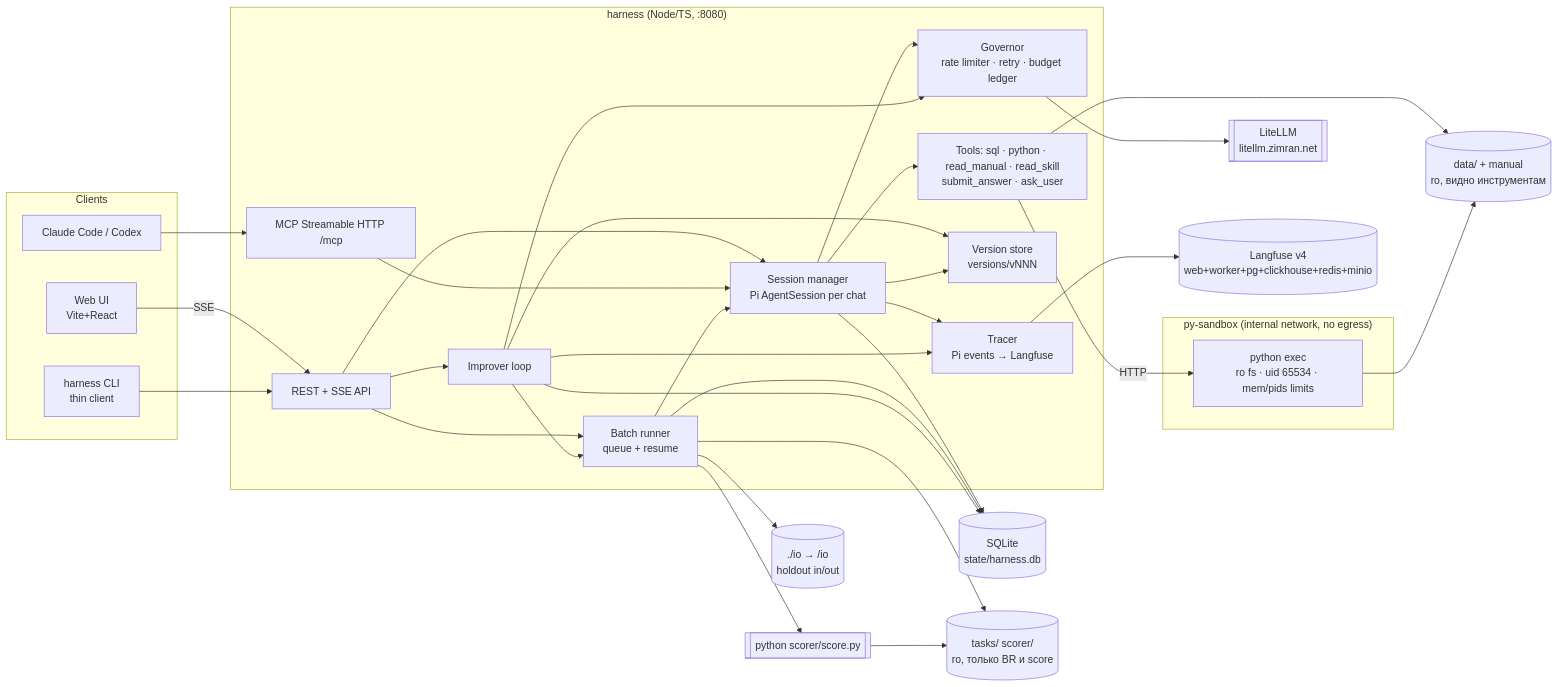
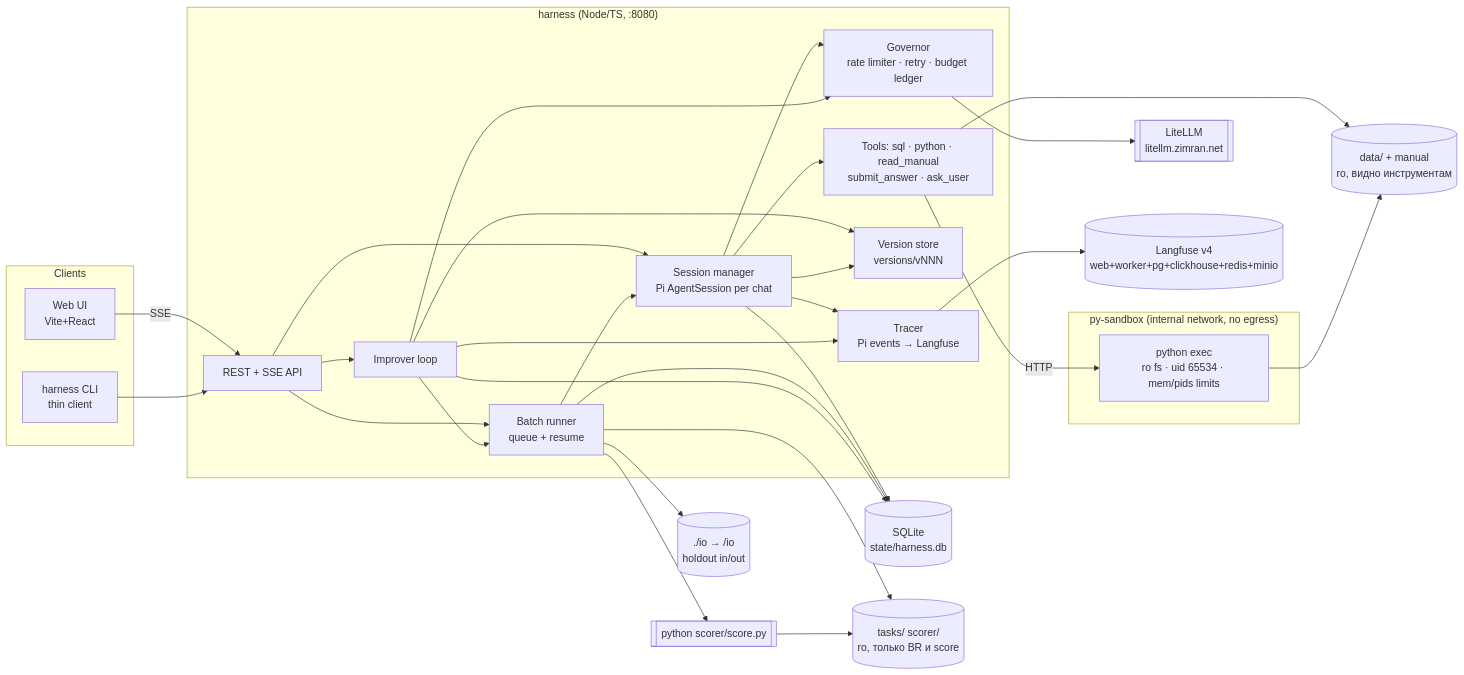
One commit to asainov1/payments-analyst-pi changed the diagram in SPEC.md. Above: the diagram before and after it, drawn with Mermaid. The commit also changed other lines of this file, not shown here.

````diff
--- a/SPEC.md
+++ b/SPEC.md
@@ -37,52 +37,48 @@
 ```mermaid
 flowchart LR
   subgraph Clients
     UI[Web UI<br/>Vite+React]
     CLI[harness CLI<br/>thin client]
-    MCPC[Claude Code / Codex]
   end
 
   subgraph harness["harness (Node/TS, :8080)"]
     API[REST + SSE API]
-    MCP[MCP Streamable HTTP /mcp]
     SM[Session manager<br/>Pi AgentSession per chat]
     BR[Batch runner<br/>queue + resume]
     IMP[Improver loop]
     GOV[Governor<br/>rate limiter · retry · budget ledger]
     TR[Tracer<br/>Pi events → Langfuse]
     VS[Version store<br/>versions/vNNN]
-    TOOLS[Tools: sql · python · read_manual · read_skill<br/>submit_answer · ask_user]
+    TOOLS[Tools: sql · python · read_manual<br/>submit_answer · ask_user]
   end
 
   subgraph sbx["py-sandbox (internal network, no egress)"]
     PY[python exec<br/>ro fs · uid 65534 · mem/pids limits]
   end
 
   DB[(SQLite<br/>state/harness.db)]
   DATA[(data/ + manual<br/>ro, видно инструментам)]
   TASKS[(tasks/ scorer/<br/>ro, только BR и score)]
   IO[(./io → /io<br/>holdout in/out)]
   LLM[[LiteLLM<br/>litellm.zimran.net]]
   LF[(Langfuse v4<br/>web+worker+pg+clickhouse+redis+minio)]
   SCORER[[python scorer/score.py]]
 
   UI -- SSE --> API
   CLI --> API
-  MCPC --> MCP
   API --> SM & BR & IMP
-  MCP --> SM
   BR --> SM
   IMP --> BR
   IMP --> VS
   SM --> TOOLS --> DATA
   TOOLS -- HTTP --> PY --> DATA
   SM --> GOV --> LLM
   IMP --> GOV
   SM --> TR --> LF
   IMP --> TR
   BR --> TASKS
   BR --> IO
   BR --> SCORER --> TASKS
   SM & BR & IMP --> DB
   SM --> VS
 ```
````
